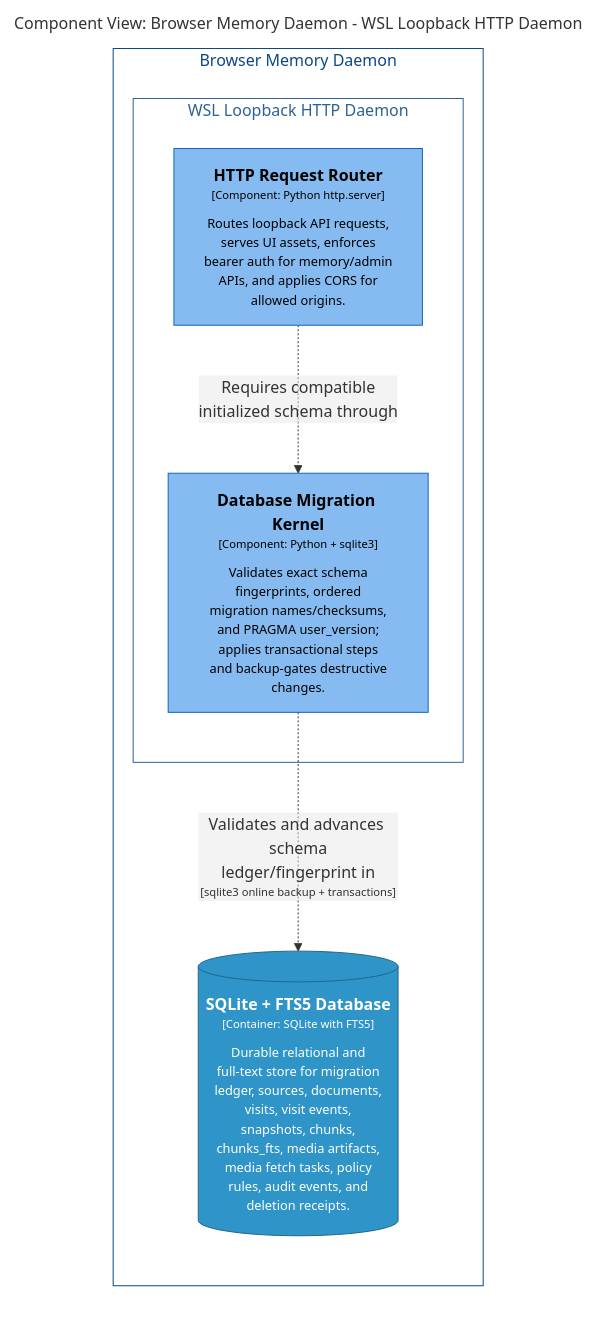
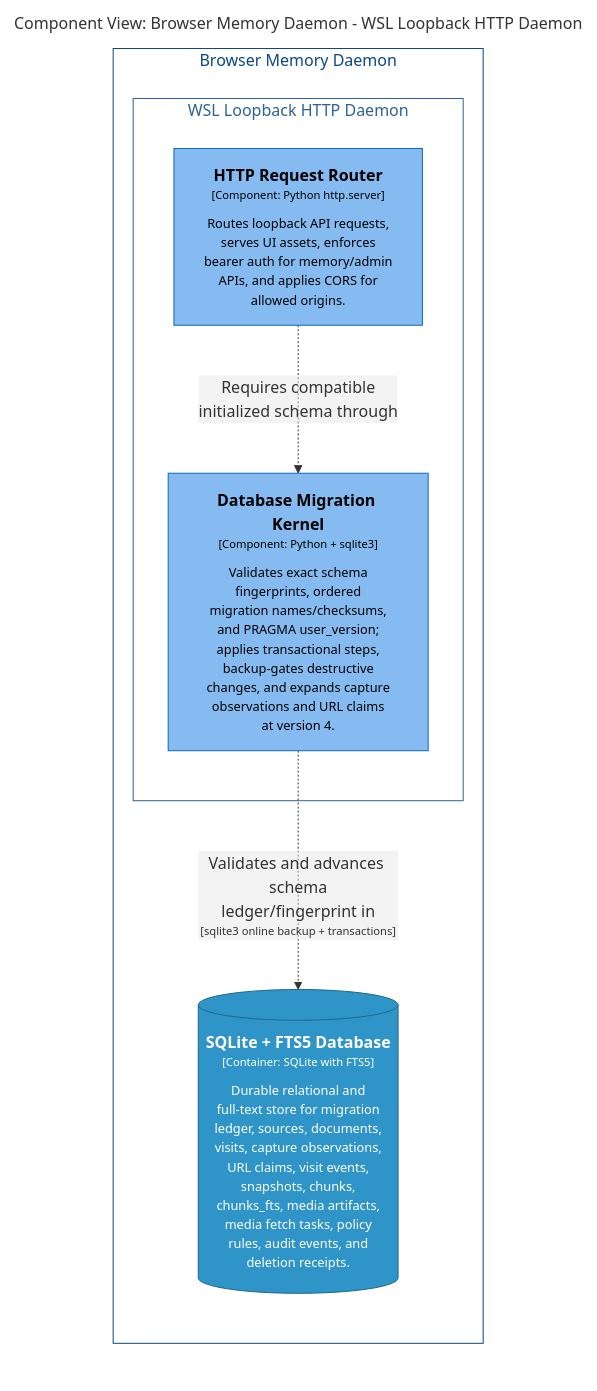
One commit to michaelnicks0/browser-memory-daemon changed the diagram in docs/architecture/diagrams/markdown/DaemonMigrationComponents.md. Above: the diagram before and after it, drawn with Mermaid. The commit also changed 162 other files, not shown here.

Commit message:
feat(model): add capture observations and URL claims

````diff
--- a/docs/architecture/diagrams/markdown/DaemonMigrationComponents.md
+++ b/docs/architecture/diagrams/markdown/DaemonMigrationComponents.md
@@ -16,28 +16,28 @@
 ```mermaid
 graph LR
   linkStyle default fill:#ffffff
 
   subgraph diagram ["Component View: Browser Memory Daemon - WSL Loopback HTTP Daemon"]
     style diagram fill:#ffffff,stroke:#ffffff
 
     subgraph 4 ["Browser Memory Daemon"]
       style 4 fill:#ffffff,stroke:#0b4884,color:#0b4884
 
       subgraph 14 ["WSL Loopback HTTP Daemon"]
         style 14 fill:#ffffff,stroke:#2e6295,color:#2e6295
 
         15["<div style='font-weight: bold'>HTTP Request Router</div><div style='font-size: 70%; margin-top: 0px'>[Component: Python http.server]</div><div style='font-size: 80%; margin-top:10px'>Routes loopback API requests,<br />serves UI assets, enforces<br />bearer auth for memory/admin<br />APIs, and applies CORS for<br />allowed origins.</div>"]
         style 15 fill:#85bbf0,stroke:#1168bd,color:#000000
-        16["<div style='font-weight: bold'>Database Migration Kernel</div><div style='font-size: 70%; margin-top: 0px'>[Component: Python + sqlite3]</div><div style='font-size: 80%; margin-top:10px'>Validates exact schema<br />fingerprints, ordered<br />migration names/checksums,<br />and PRAGMA user_version;<br />applies transactional steps<br />and backup-gates destructive<br />changes.</div>"]
+        16["<div style='font-weight: bold'>Database Migration Kernel</div><div style='font-size: 70%; margin-top: 0px'>[Component: Python + sqlite3]</div><div style='font-size: 80%; margin-top:10px'>Validates exact schema<br />fingerprints, ordered<br />migration names/checksums,<br />and PRAGMA user_version;<br />applies transactional steps,<br />backup-gates destructive<br />changes, and expands capture<br />observations and URL claims<br />at version 4.</div>"]
         style 16 fill:#85bbf0,stroke:#1168bd,color:#000000
       end
 
-      28[("<div style='font-weight: bold'>SQLite + FTS5 Database</div><div style='font-size: 70%; margin-top: 0px'>[Container: SQLite with FTS5]</div><div style='font-size: 80%; margin-top:10px'>Durable relational and<br />full-text store for migration<br />ledger, sources, documents,<br />visits, visit events,<br />snapshots, chunks,<br />chunks_fts, media artifacts,<br />media fetch tasks, policy<br />rules, audit events, and<br />deletion receipts.</div>")]
+      28[("<div style='font-weight: bold'>SQLite + FTS5 Database</div><div style='font-size: 70%; margin-top: 0px'>[Container: SQLite with FTS5]</div><div style='font-size: 80%; margin-top:10px'>Durable relational and<br />full-text store for migration<br />ledger, sources, documents,<br />visits, capture observations,<br />URL claims, visit events,<br />snapshots, chunks,<br />chunks_fts, media artifacts,<br />media fetch tasks, policy<br />rules, audit events, and<br />deletion receipts.</div>")]
       style 28 fill:#2f95c8,stroke:#20688c,color:#ffffff
     end
 
     15-. "<div>Requires compatible<br />initialized schema through</div><div style='font-size: 70%'></div>" .->16
     16-. "<div>Validates and advances schema<br />ledger/fingerprint in</div><div style='font-size: 70%'>[sqlite3 online backup + transactions]</div>" .->28
 
   end
 ```
````
